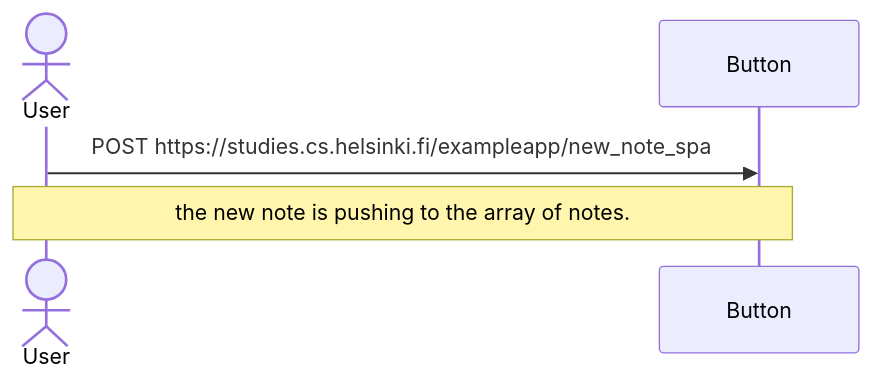
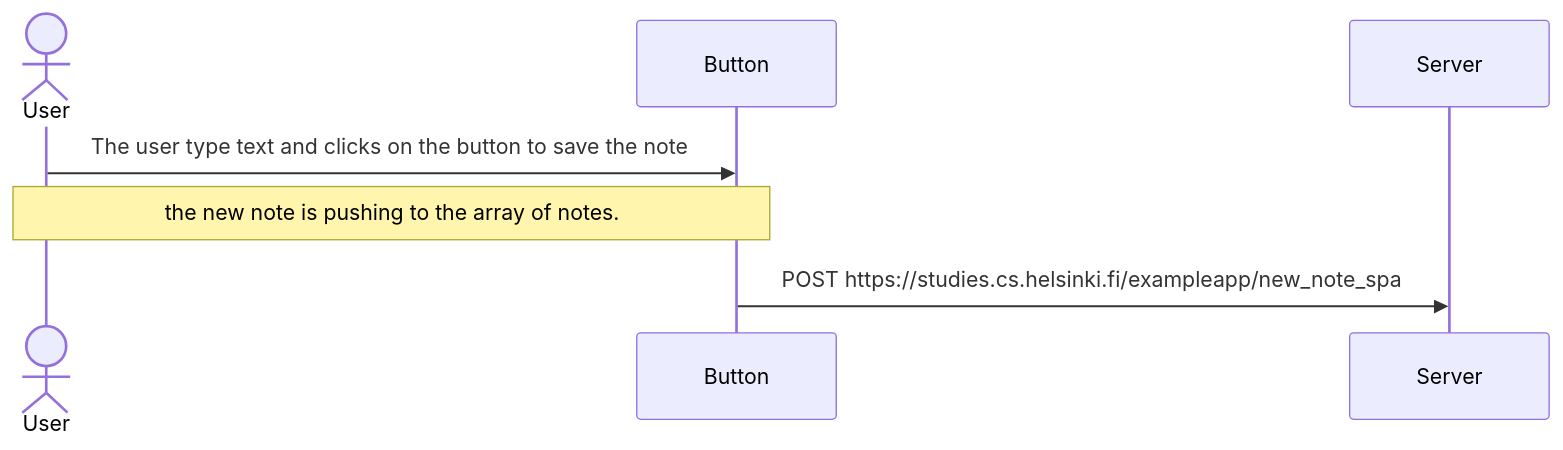
One commit to LucasMontecino/fullstackopen changed the diagram in part0/0.6.md. Above: the diagram before and after it, drawn with Mermaid.

Commit message:
Refactor mermaid sequence diagram to clarify user interaction and server communication

````diff
--- a/part0/0.6.md
+++ b/part0/0.6.md
@@ -1,9 +1,10 @@
 ```mermaid
     sequenceDiagram
     actor User
     participant Button
+    participant Server
 
-    User->>Button: POST https://studies.cs.helsinki.fi/exampleapp/new_note_spa
-    activate Button
+    User->>Button: The user type text and clicks on the button to save the note
     Note over User,Button: the new note is pushing to the array of notes.
+    Button->>Server: POST https://studies.cs.helsinki.fi/exampleapp/new_note_spa
 ```
````
